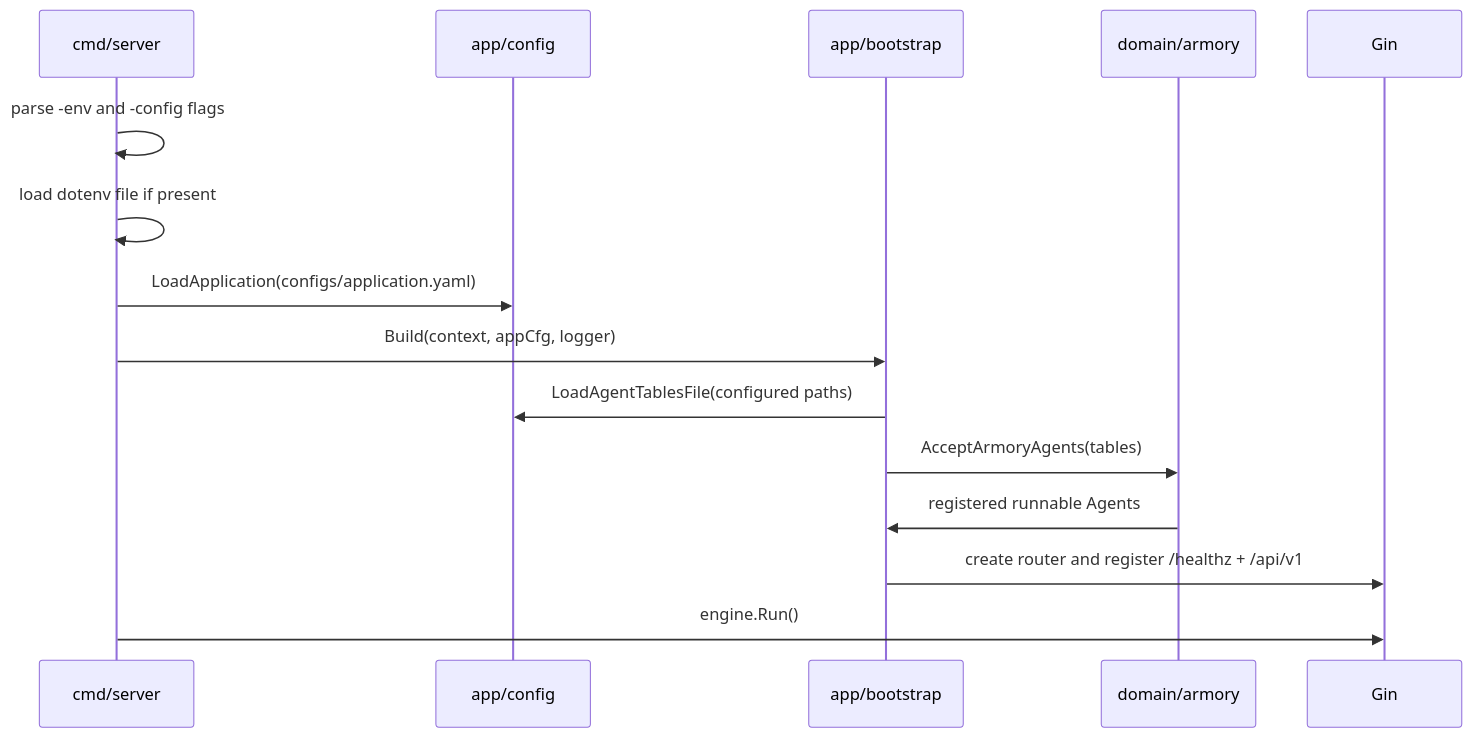
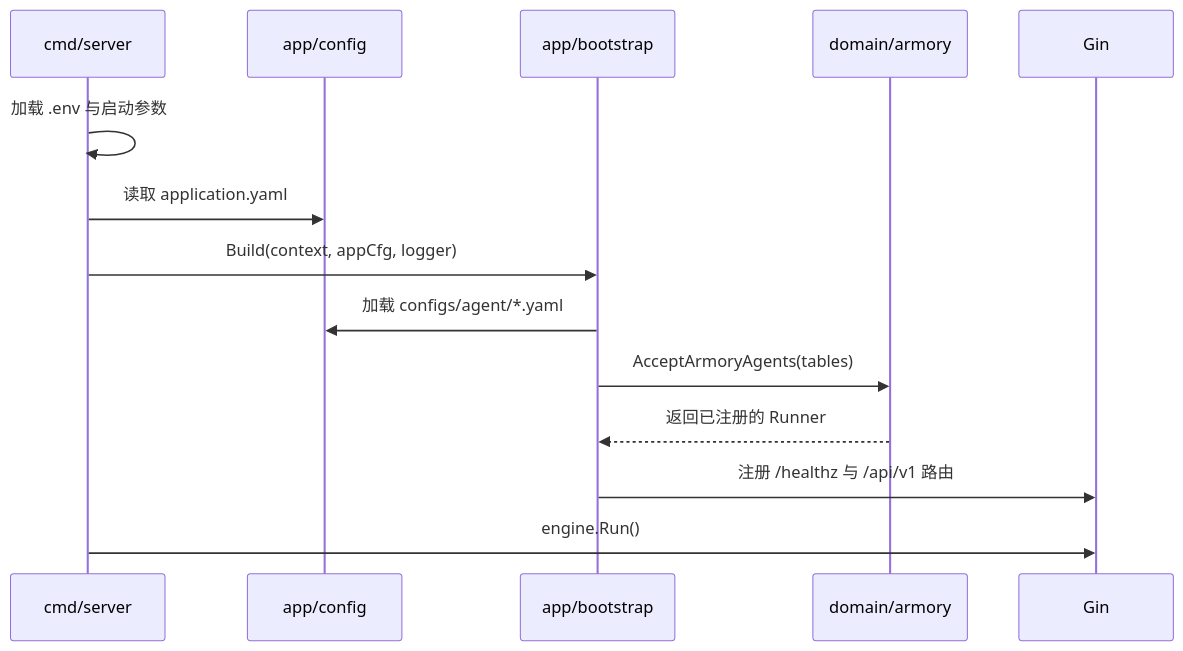
The third of 4 diagrams in README.md (bdbd2yy/drawio-agent-go), drawn with Mermaid before and after one commit. The commit also changed other lines of this file and 1 other file, not shown here.

````diff
--- a/README.md
+++ b/README.md
@@ -140,18 +267,17 @@
 ```mermaid
 sequenceDiagram
     participant Main as cmd/server
     participant Config as app/config
     participant Bootstrap as app/bootstrap
     participant Armory as domain/armory
     participant HTTP as Gin
 
-    Main->>Main: parse -env and -config flags
-    Main->>Main: load dotenv file if present
-    Main->>Config: LoadApplication(configs/application.yaml)
+    Main->>Main: 加载 .env 与启动参数
+    Main->>Config: 读取 application.yaml
     Main->>Bootstrap: Build(context, appCfg, logger)
-    Bootstrap->>Config: LoadAgentTablesFile(configured paths)
+    Bootstrap->>Config: 加载 configs/agent/*.yaml
     Bootstrap->>Armory: AcceptArmoryAgents(tables)
-    Armory->>Bootstrap: registered runnable Agents
-    Bootstrap->>HTTP: create router and register /healthz + /api/v1
+    Armory-->>Bootstrap: 返回已注册的 Runner
+    Bootstrap->>HTTP: 注册 /healthz 与 /api/v1 路由
     Main->>HTTP: engine.Run()
 ```
````
